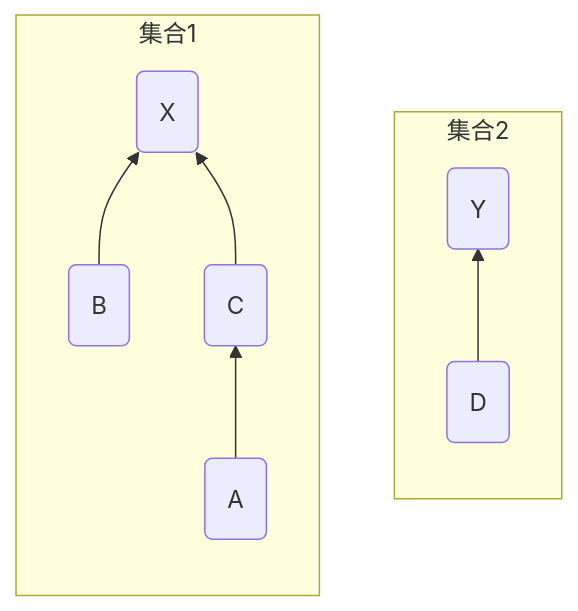
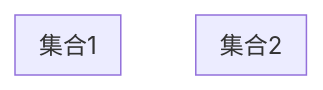
The third of 8 diagrams in DataStructures/Graph/2021-10-06-并查集与最小生成树.md (dmjcb/SelfBlog), drawn with Mermaid before and after one commit. The commit also changed other lines of this file and 224 other files, not shown here.

````diff
--- a/DataStructures/Graph/2021-10-06-并查集与最小生成树.md
+++ b/DataStructures/Graph/2021-10-06-并查集与最小生成树.md
@@ -59,14 +58,10 @@
 ```mermaid
 graph BT;
     subgraph 集合2
     direction BT
-        d(D)-->y(Y)
     end
 
     subgraph 集合1
     direction BT
-        a(A)-->c(C)
-        b(B)-->x(X)
-        c(C)-->x(X)
     end
 ```
````
